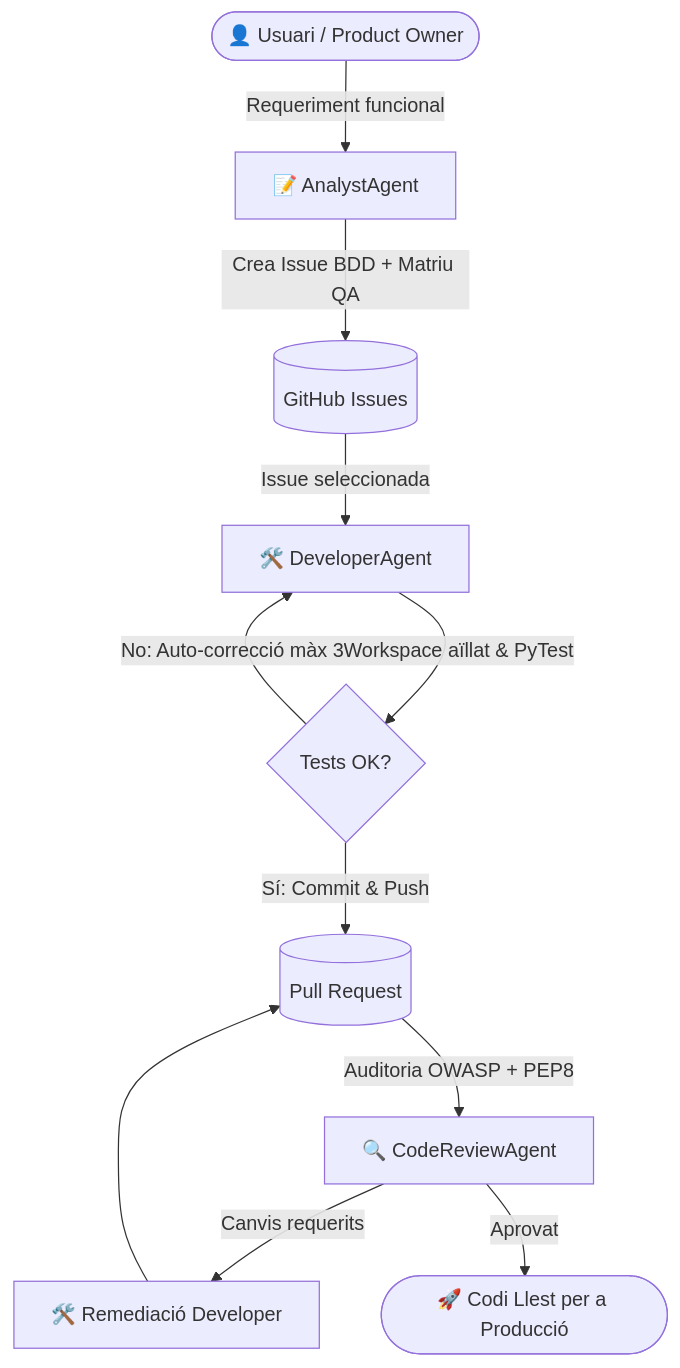
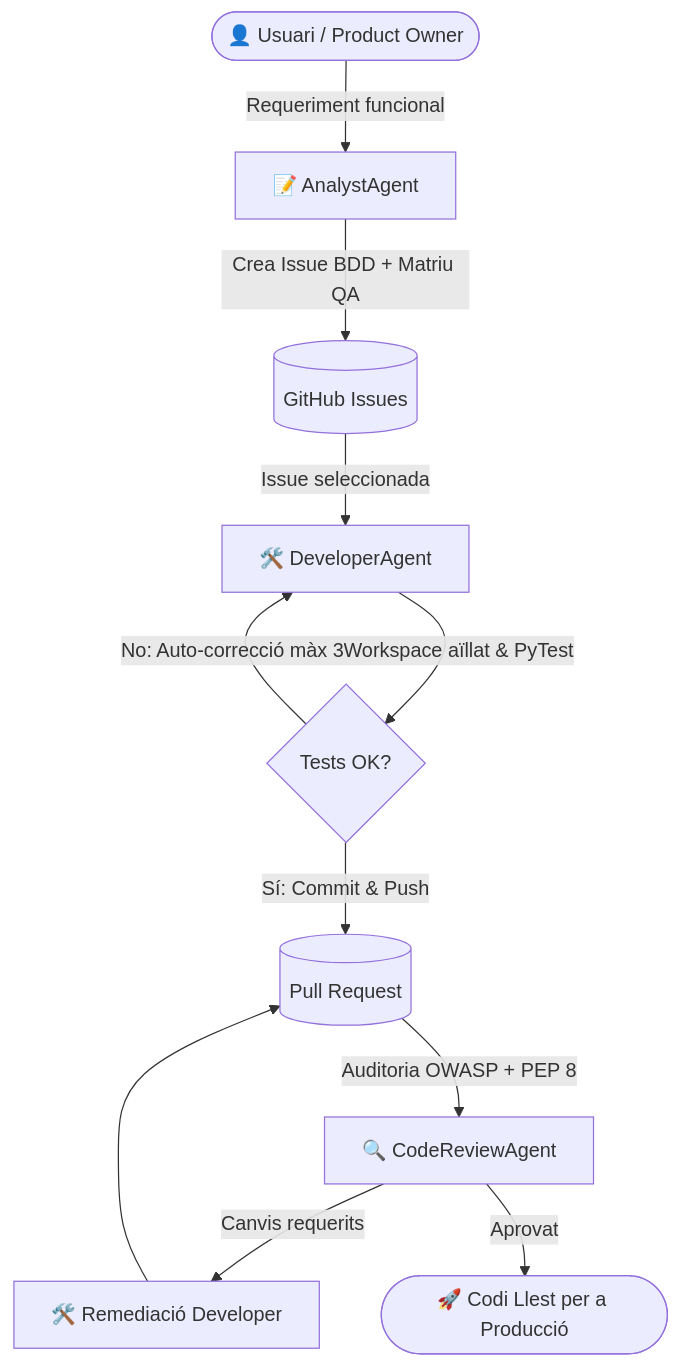
Before and after one commit to emasnou/ai-developer-agent: the diagram in README.md, drawn with Mermaid. The commit also changed other lines of this file and 29 other files, not shown here.

````diff
--- a/README.md
+++ b/README.md
@@ -11,13 +11,13 @@
 ```mermaid
 flowchart TD
     User([👤 Usuari / Product Owner]) -->|Requeriment funcional| Analyst[📝 AnalystAgent]
     Analyst -->|Crea Issue BDD + Matriu QA| GitHub[(GitHub Issues)]
     GitHub -->|Issue seleccionada| Developer[🛠️ DeveloperAgent]
     Developer -->|Workspace aïllat & PyTest| DevLoop{Tests OK?}
     DevLoop -->|No: Auto-correcció màx 3| Developer
     DevLoop -->|Sí: Commit & Push| PR[(Pull Request)]
-    PR -->|Auditoria OWASP + PEP8| Reviewer[🔍 CodeReviewAgent]
+    PR -->|Auditoria OWASP + PEP 8| Reviewer[🔍 CodeReviewAgent]
     Reviewer -->|Canvis requerits| Remediate[🛠️ Remediació Developer]
     Reviewer -->|Aprovat| Done([🚀 Codi Llest per a Producció])
     Remediate --> PR
 ```
````
